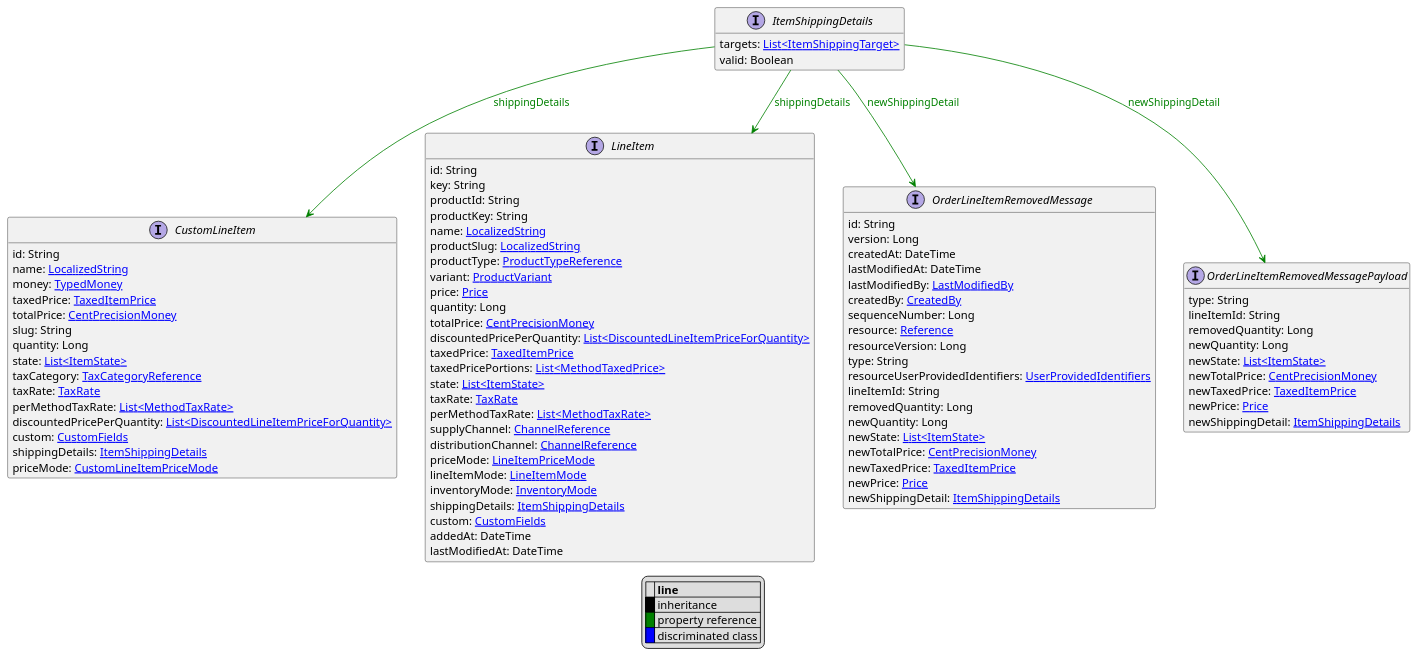
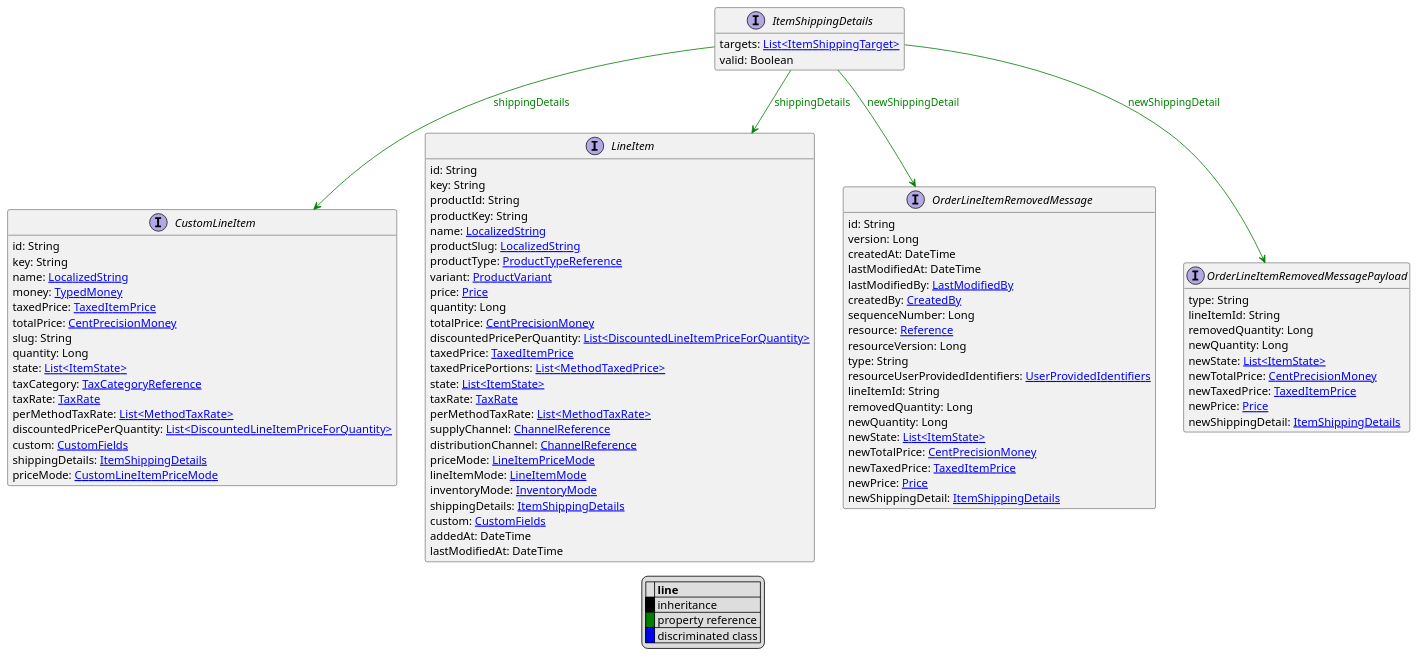
The diagram in uml/api/ItemShippingDetails.puml (commercetools/commercetools-api-reference), drawn with PlantUML before and after one commit. The commit also changed 46 other files, not shown here.

```diff
--- a/uml/api/ItemShippingDetails.puml
+++ b/uml/api/ItemShippingDetails.puml
@@ -1,100 +1,101 @@
 @startuml
 
 hide empty fields
 hide empty methods
 legend
 |= |= line |
 |<back:black>   </back>| inheritance |
 |<back:green>   </back>| property reference |
 |<back:blue>   </back>| discriminated class |
 endlegend
 interface ItemShippingDetails [[ItemShippingDetails.svg]]  {
     targets: [[ItemShippingTarget.svg List<ItemShippingTarget>]]
     valid: Boolean
 }
 
 
 
 interface CustomLineItem [[CustomLineItem.svg]]  {
     id: String
+    key: String
     name: [[LocalizedString.svg LocalizedString]]
     money: [[TypedMoney.svg TypedMoney]]
     taxedPrice: [[TaxedItemPrice.svg TaxedItemPrice]]
     totalPrice: [[CentPrecisionMoney.svg CentPrecisionMoney]]
     slug: String
     quantity: Long
     state: [[ItemState.svg List<ItemState>]]
     taxCategory: [[TaxCategoryReference.svg TaxCategoryReference]]
     taxRate: [[TaxRate.svg TaxRate]]
     perMethodTaxRate: [[MethodTaxRate.svg List<MethodTaxRate>]]
     discountedPricePerQuantity: [[DiscountedLineItemPriceForQuantity.svg List<DiscountedLineItemPriceForQuantity>]]
     custom: [[CustomFields.svg CustomFields]]
     shippingDetails: [[ItemShippingDetails.svg ItemShippingDetails]]
     priceMode: [[CustomLineItemPriceMode.svg CustomLineItemPriceMode]]
 }
 interface LineItem [[LineItem.svg]]  {
     id: String
     key: String
     productId: String
     productKey: String
     name: [[LocalizedString.svg LocalizedString]]
     productSlug: [[LocalizedString.svg LocalizedString]]
     productType: [[ProductTypeReference.svg ProductTypeReference]]
     variant: [[ProductVariant.svg ProductVariant]]
     price: [[Price.svg Price]]
     quantity: Long
     totalPrice: [[CentPrecisionMoney.svg CentPrecisionMoney]]
     discountedPricePerQuantity: [[DiscountedLineItemPriceForQuantity.svg List<DiscountedLineItemPriceForQuantity>]]
     taxedPrice: [[TaxedItemPrice.svg TaxedItemPrice]]
     taxedPricePortions: [[MethodTaxedPrice.svg List<MethodTaxedPrice>]]
     state: [[ItemState.svg List<ItemState>]]
     taxRate: [[TaxRate.svg TaxRate]]
     perMethodTaxRate: [[MethodTaxRate.svg List<MethodTaxRate>]]
     supplyChannel: [[ChannelReference.svg ChannelReference]]
     distributionChannel: [[ChannelReference.svg ChannelReference]]
     priceMode: [[LineItemPriceMode.svg LineItemPriceMode]]
     lineItemMode: [[LineItemMode.svg LineItemMode]]
     inventoryMode: [[InventoryMode.svg InventoryMode]]
     shippingDetails: [[ItemShippingDetails.svg ItemShippingDetails]]
     custom: [[CustomFields.svg CustomFields]]
     addedAt: DateTime
     lastModifiedAt: DateTime
 }
 interface OrderLineItemRemovedMessage [[OrderLineItemRemovedMessage.svg]]  {
     id: String
     version: Long
     createdAt: DateTime
     lastModifiedAt: DateTime
     lastModifiedBy: [[LastModifiedBy.svg LastModifiedBy]]
     createdBy: [[CreatedBy.svg CreatedBy]]
     sequenceNumber: Long
     resource: [[Reference.svg Reference]]
     resourceVersion: Long
     type: String
     resourceUserProvidedIdentifiers: [[UserProvidedIdentifiers.svg UserProvidedIdentifiers]]
     lineItemId: String
     removedQuantity: Long
     newQuantity: Long
     newState: [[ItemState.svg List<ItemState>]]
     newTotalPrice: [[CentPrecisionMoney.svg CentPrecisionMoney]]
     newTaxedPrice: [[TaxedItemPrice.svg TaxedItemPrice]]
     newPrice: [[Price.svg Price]]
     newShippingDetail: [[ItemShippingDetails.svg ItemShippingDetails]]
 }
 interface OrderLineItemRemovedMessagePayload [[OrderLineItemRemovedMessagePayload.svg]]  {
     type: String
     lineItemId: String
     removedQuantity: Long
     newQuantity: Long
     newState: [[ItemState.svg List<ItemState>]]
     newTotalPrice: [[CentPrecisionMoney.svg CentPrecisionMoney]]
     newTaxedPrice: [[TaxedItemPrice.svg TaxedItemPrice]]
     newPrice: [[Price.svg Price]]
     newShippingDetail: [[ItemShippingDetails.svg ItemShippingDetails]]
 }
 
 ItemShippingDetails --> CustomLineItem #green;text:green : "shippingDetails"
 ItemShippingDetails --> LineItem #green;text:green : "shippingDetails"
 ItemShippingDetails --> OrderLineItemRemovedMessage #green;text:green : "newShippingDetail"
 ItemShippingDetails --> OrderLineItemRemovedMessagePayload #green;text:green : "newShippingDetail"
 @enduml
```
